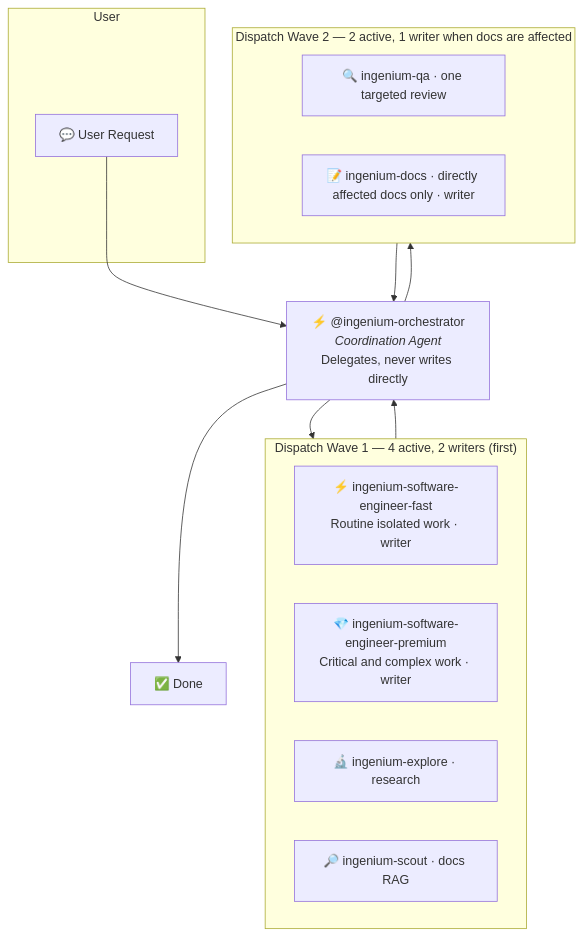
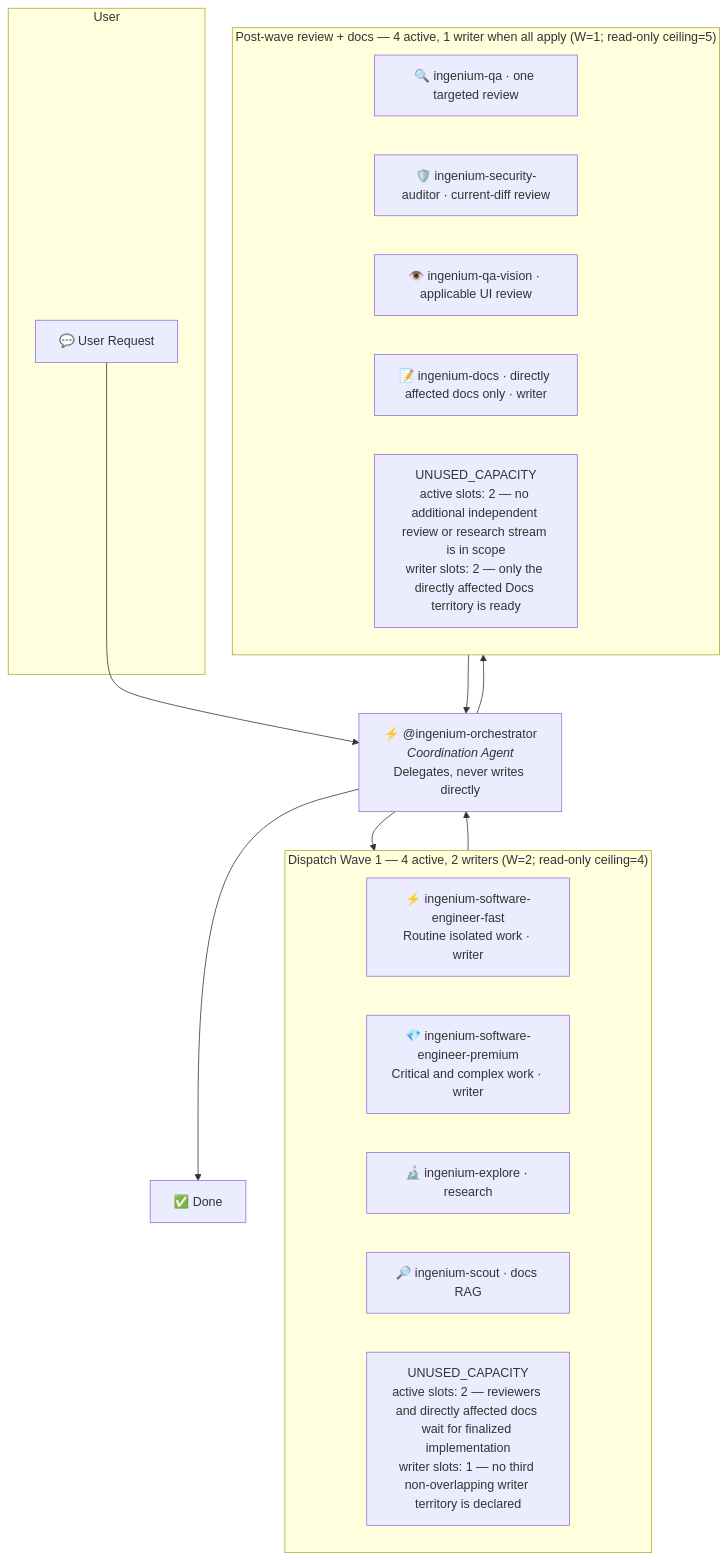
One commit to jtmb/ingenium changed the first of 2 diagrams in docs/configure/agents.md. Above: the diagram before and after it, drawn with Mermaid. The commit also changed other lines of this file and 11 other files, not shown here.

````diff
--- a/docs/configure/agents.md
+++ b/docs/configure/agents.md
@@ -95,26 +97,30 @@
 ```mermaid
 flowchart TB
     subgraph User
         REQ["💬 User Request"]
     end
 
     REQ --> ORCH["⚡ @ingenium-orchestrator<br/><i>Coordination Agent</i><br/>Delegates, never writes directly"]
 
-    subgraph Wave1["Dispatch Wave 1 — 4 active, 2 writers (first)"]
+    subgraph Wave1["Dispatch Wave 1 — 4 active, 2 writers (W=2; read-only ceiling=4)"]
         FAST["⚡ ingenium-software-engineer-fast<br/>Routine isolated work · writer"]
         PREM["💎 ingenium-software-engineer-premium<br/>Critical and complex work · writer"]
         EXPLORE["🔬 ingenium-explore · research"]
         SCOUT["🔎 ingenium-scout · docs RAG"]
+        W1CAP["UNUSED_CAPACITY<br/>active slots: 2 — reviewers and directly affected docs wait for finalized implementation<br/>writer slots: 1 — no third non-overlapping writer territory is declared"]
     end
 
-    subgraph Wave2["Dispatch Wave 2 — 2 active, 1 writer when docs are affected"]
+    subgraph Wave2["Post-wave review + docs — 4 active, 1 writer when all apply (W=1; read-only ceiling=5)"]
         QA["🔍 ingenium-qa · one targeted review"]
+        SECURITY["🛡️ ingenium-security-auditor · current-diff review"]
+        VISION["👁️ ingenium-qa-vision · applicable UI review"]
         DOCS["📝 ingenium-docs · directly affected docs only · writer"]
+        W2CAP["UNUSED_CAPACITY<br/>active slots: 2 — no additional independent review or research stream is in scope<br/>writer slots: 2 — only the directly affected Docs territory is ready"]
     end
 
     ORCH --> Wave1
     Wave1 --> ORCH
     ORCH --> Wave2
     Wave2 --> ORCH
     ORCH --> DONE["✅ Done"]
 ```
````
